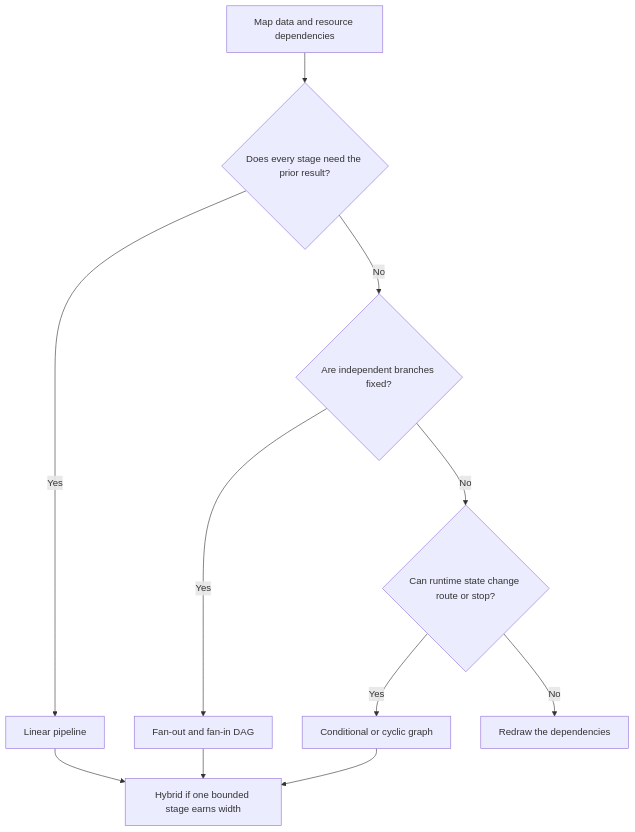
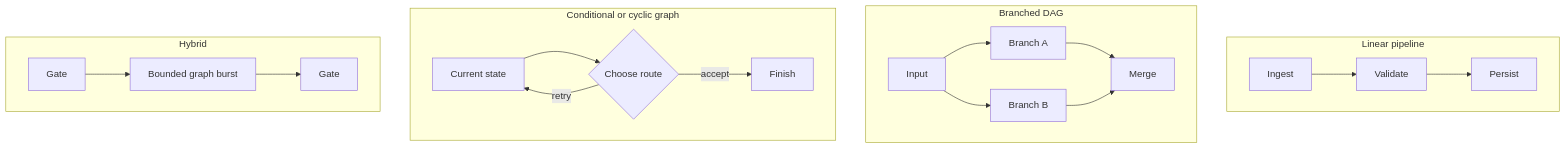
The first of 2 diagrams in src/drafts/df3f4646.md (Herbertcuba/herbertcuba-personal-blog), drawn with Mermaid before and after one commit. The commit also changed other lines of this file, not shown here.

Commit message:
draft(t_3af0b546): Use a Pipeline Until the Work Proves It Needs a Graph

````diff
--- a/src/drafts/df3f4646.md
+++ b/src/drafts/df3f4646.md
@@ -48,13 +30,20 @@
 ```mermaid
-flowchart TD
-    S[Map data and resource dependencies] --> Q{Does every stage need the prior result?}
-    Q -->|Yes| P[Linear pipeline]
-    Q -->|No| W{Are independent branches fixed?}
-    W -->|Yes| D[Fan-out and fan-in DAG]
-    W -->|No| R{Can runtime state change route or stop?}
-    R -->|Yes| C[Conditional or cyclic graph]
-    R -->|No| X[Redraw the dependencies]
-    P --> H[Hybrid if one bounded stage earns width]
-    D --> H
-    C --> H
+flowchart TB
+  subgraph P[Linear pipeline]
+    P1[Ingest] --> P2[Validate] --> P3[Persist]
+  end
+  subgraph D[Branched DAG]
+    D1[Input] --> D2[Branch A]
+    D1 --> D3[Branch B]
+    D2 --> D4[Merge]
+    D3 --> D4
+  end
+  subgraph C[Conditional or cyclic graph]
+    C1[Current state] --> C2{Choose route}
+    C2 -->|retry| C1
+    C2 -->|accept| C3[Finish]
+  end
+  subgraph H[Hybrid]
+    H1[Gate] --> H2[Bounded graph burst] --> H3[Gate]
+  end
 ```
````
